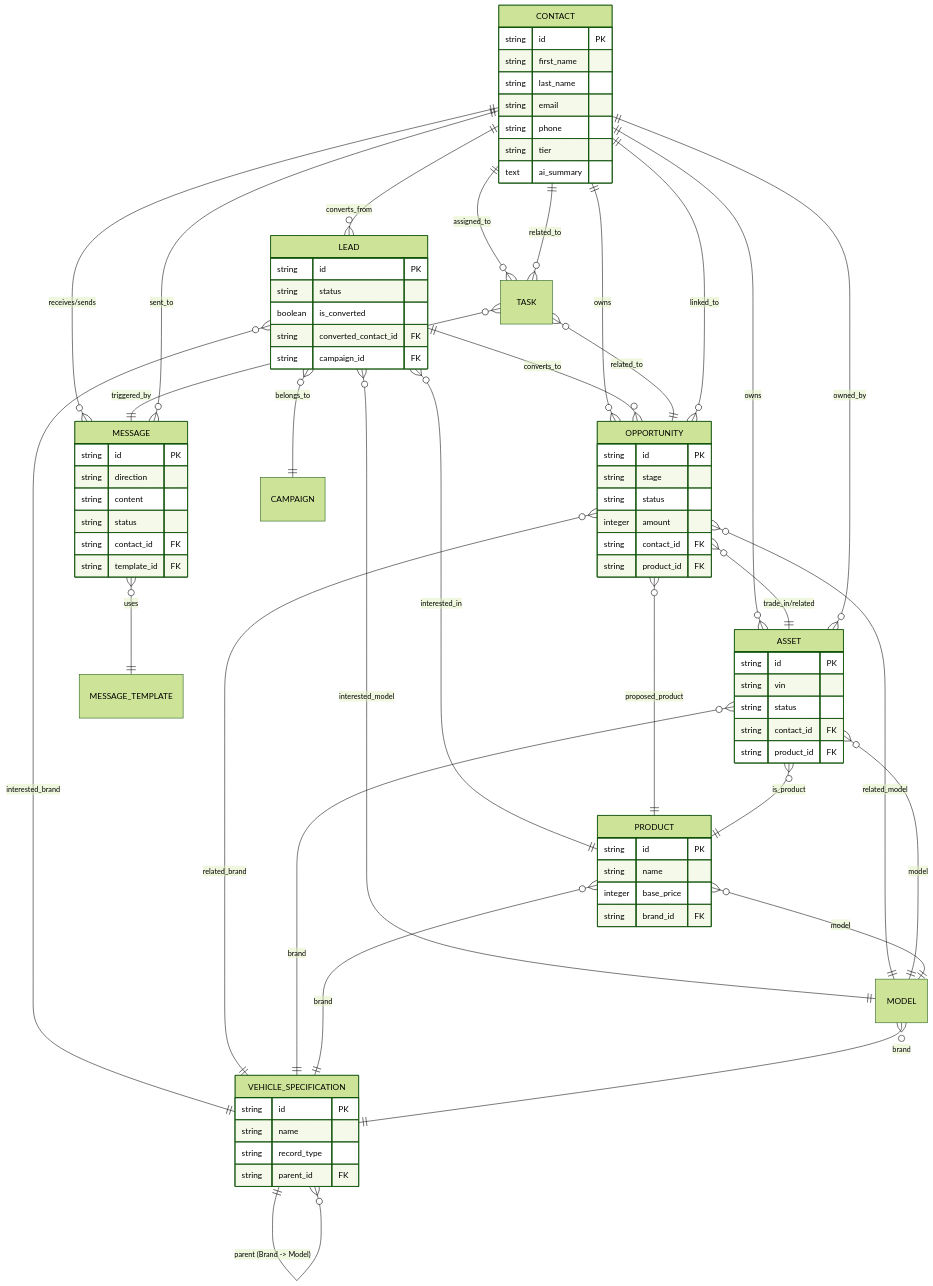
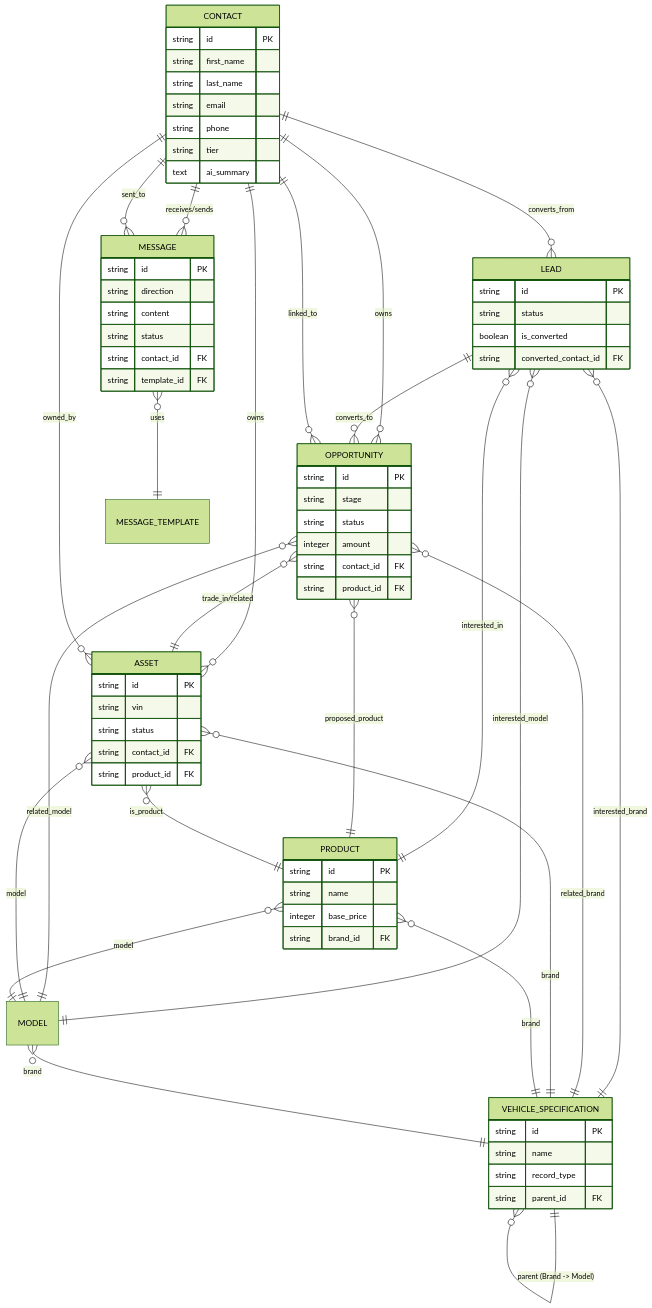
One commit to polkmn222/D4 changed the diagram in .gemini/development/docs/erd.md. Above: the diagram before and after it, drawn with Mermaid (forest theme). The commit also changed 1422 other files, not shown here.

Commit message:
Remove Task and Campaign references entirely across codebase (Phase 36)

```diff
--- a/.gemini/development/docs/erd.md
+++ b/.gemini/development/docs/erd.md
@@ -9,11 +9,9 @@
     CONTACT ||--o{ LEAD : "converts_from"
     CONTACT ||--o{ OPPORTUNITY : "owns"
     CONTACT ||--o{ ASSET : "owns"
-    CONTACT ||--o{ TASK : "assigned_to"
     CONTACT ||--o{ MESSAGE : "receives/sends"
     
     LEAD ||--o{ OPPORTUNITY : "converts_to"
-    LEAD }o--|| CAMPAIGN : "belongs_to"
     LEAD }o--|| PRODUCT : "interested_in"
     LEAD }o--|| VEHICLE_SPECIFICATION : "interested_brand"
     LEAD }o--|| MODEL : "interested_model"
@@ -35,10 +33,6 @@
     VEHICLE_SPECIFICATION ||--o{ VEHICLE_SPECIFICATION : "parent (Brand -> Model)"
     MODEL }o--|| VEHICLE_SPECIFICATION : "brand"
     
-    TASK }o--|| CONTACT : "related_to"
-    TASK }o--|| OPPORTUNITY : "related_to"
-    TASK }o--|| MESSAGE : "triggered_by"
-    
     MESSAGE }o--|| CONTACT : "sent_to"
     MESSAGE }o--|| MESSAGE_TEMPLATE : "uses"
 
@@ -57,7 +51,6 @@
         string status
         boolean is_converted
         string converted_contact_id FK
-        string campaign_id FK
     }
 
     OPPORTUNITY {
```
